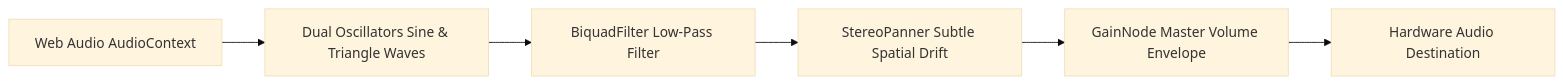
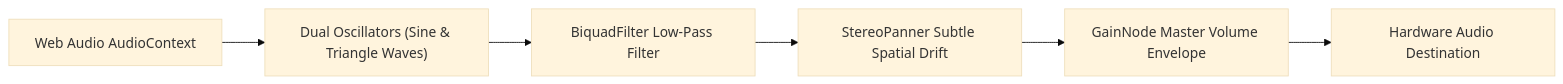
The sixth of 7 diagrams in README.md (imMohammedSahil/Brainiac), drawn with Mermaid (base theme) before and after one commit. The commit also changed other lines of this file, not shown here.

Commit message:
Fix Mermaid diagram syntax in README

````diff
--- a/README.md
+++ b/README.md
@@ -298,8 +298,8 @@
 ```mermaid
 flowchart LR
-    A[Web Audio AudioContext] --> B[Dual Oscillators Sine & Triangle Waves]
-    B --> C[BiquadFilter Low-Pass Filter]
-    C --> D[StereoPanner Subtle Spatial Drift]
-    D --> E[GainNode Master Volume Envelope]
-    E --> F[Hardware Audio Destination]
+    A["Web Audio AudioContext"] --> B["Dual Oscillators (Sine & Triangle Waves)"]
+    B --> C["BiquadFilter Low-Pass Filter"]
+    C --> D["StereoPanner Subtle Spatial Drift"]
+    D --> E["GainNode Master Volume Envelope"]
+    E --> F["Hardware Audio Destination"]
 ```
````
